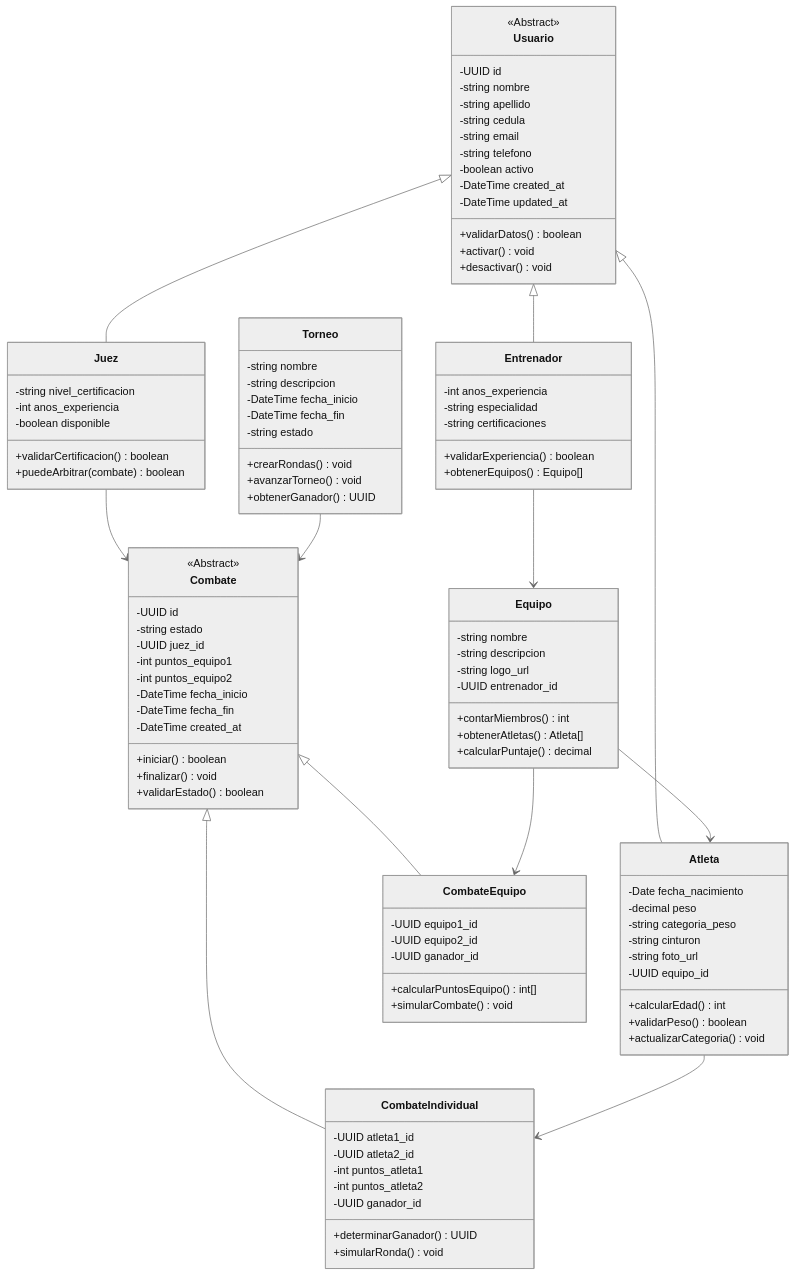
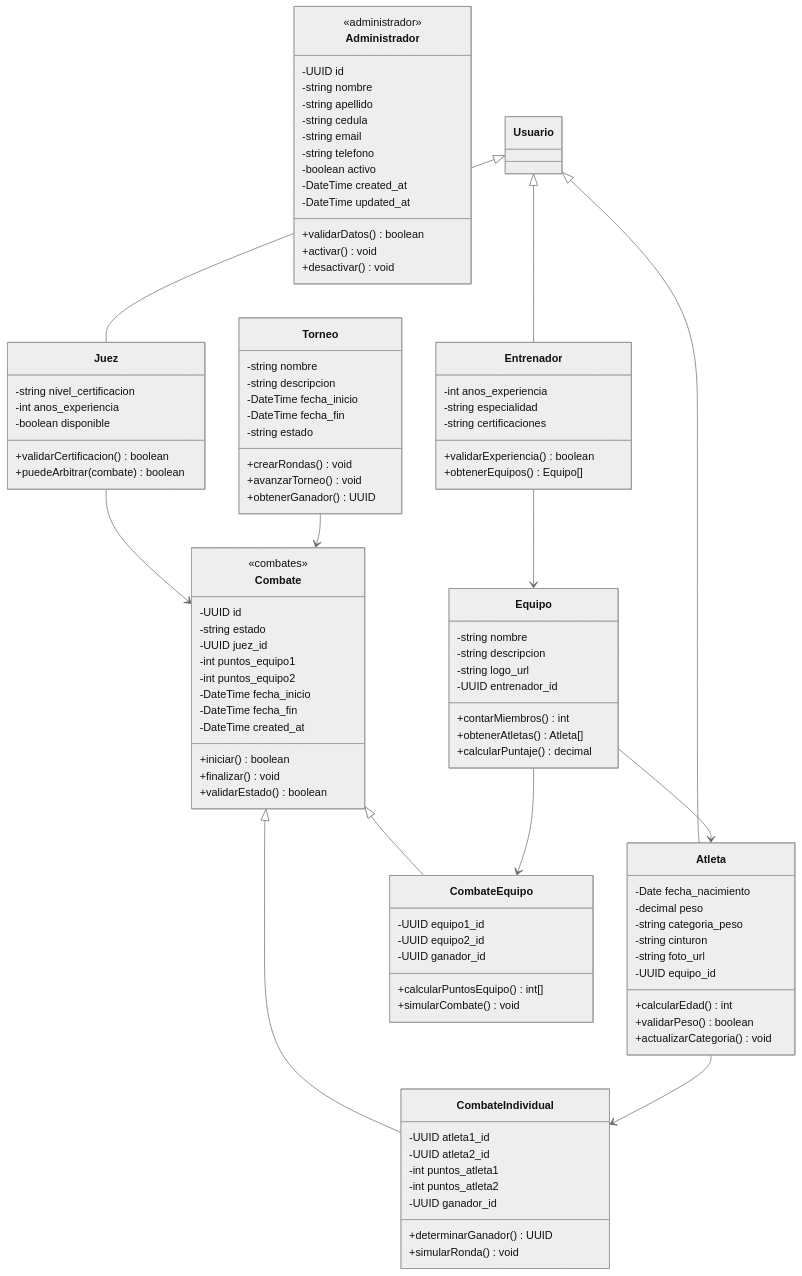
One commit to agustino42/asociacion-karate changed the first of 6 diagrams in DIAGRAMAS_UML.md. Above: the diagram before and after it, drawn with Mermaid (neutral theme). The commit also changed other lines of this file, not shown here.

Commit message:
Revise system description and UML class details
Updated system description and UML class diagram annotations.

````diff
--- a/DIAGRAMAS_UML.md
+++ b/DIAGRAMAS_UML.md
@@ -18,7 +18,7 @@
 ```mermaid
 classDiagram
-    class Usuario {
-        <<Abstract>>
+    class Administrador {
+        <<administrador>>
         -UUID id
         -string nombre
         -string apellido
@@ -72,7 +72,7 @@
     }
 
     class Combate {
-        <<Abstract>>
+        <<combates>>
         -UUID id
         -string estado
         -UUID juez_id
````
